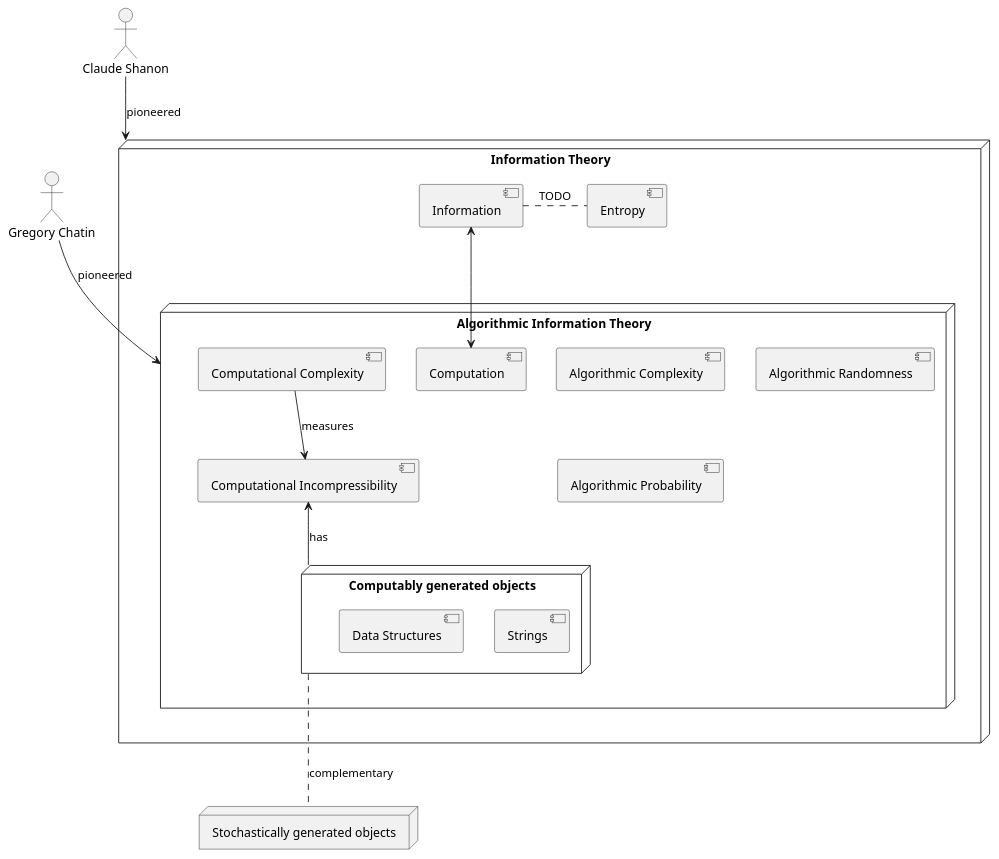
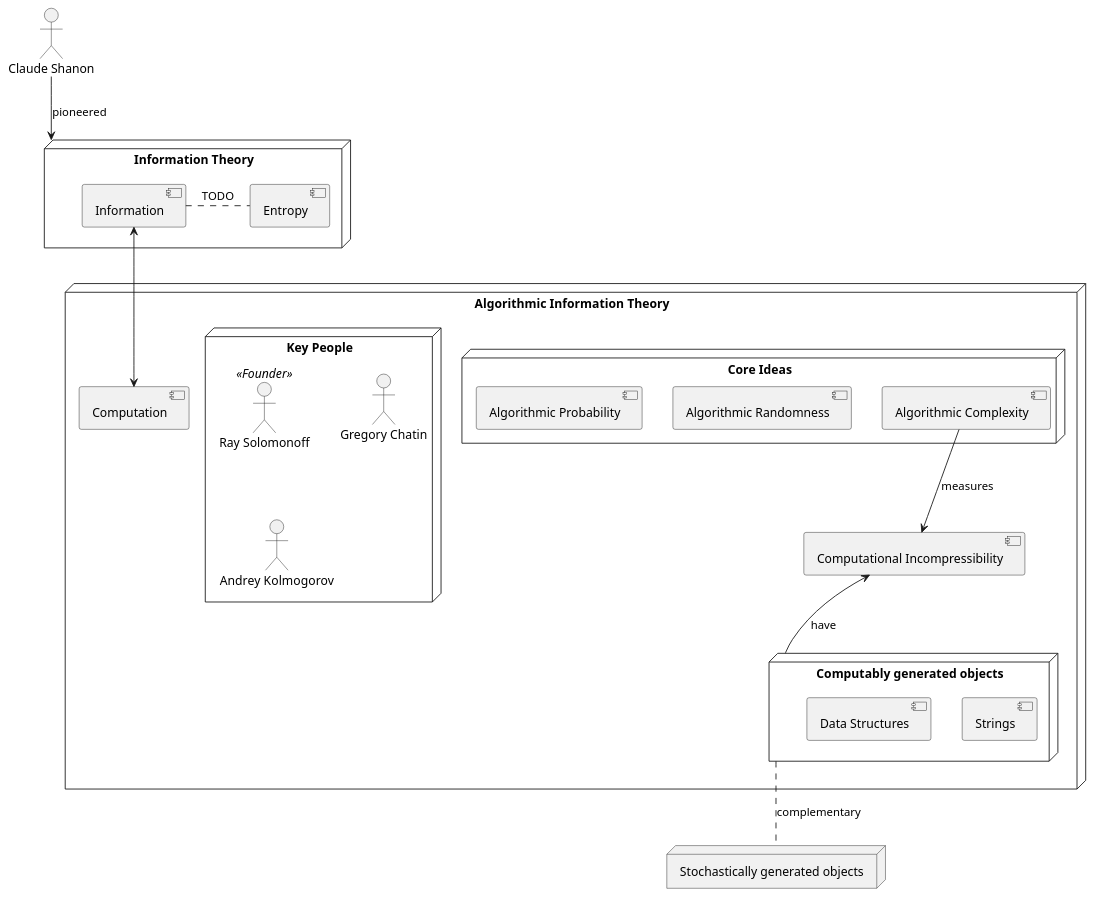
One commit to pgpbpadilla/pgpbpadilla.github.io changed the diagram in _drafts/diagrams/algorithmic-complexity.puml. Above: the diagram before and after it, drawn with PlantUML.

Commit message:
chg: dev: Flatten diagram, move AIT our of IT.
Add core contributors

```diff
--- a/_drafts/diagrams/algorithmic-complexity.puml
+++ b/_drafts/diagrams/algorithmic-complexity.puml
@@ -1,38 +1,45 @@
 @startuml
 
 'left to right direction
 actor "Claude Shanon" as CS
-actor "Gregory Chatin" as GC
+
+
 
 node "Information Theory" as IT {
 	[Information] as I
 	[Entropy] as E
 	I . E: TODO
+}
 
-	node "Algorithmic Information Theory" as AIT {
+node "Algorithmic Information Theory" as AIT {
+	[Computation] as C
+	I <--> C
+
+	node "Core Ideas" {
 		[Algorithmic Complexity] as AC
 		[Algorithmic Randomness] as AR
 		[Algorithmic Probability] as AP
+	}
 
-		[Computation] as C
-		[Information] as I
-		I <--> C
-		node "Computably generated objects" as CGO {
-			[Strings]
-			[Data Structures]
-		}
-		[Computational Incompressibility] as CI
-		[Computational Complexity] as CC
+	node "Computably generated objects" as CGO {
+		[Strings]
+		[Data Structures]
+	}
+	[Computational Incompressibility] as CI
 
-		CC --> CI: measures
-		CI <-- CGO: has
+	AC --> CI: measures
+	CI <-- CGO: have
+
+	node "Key People" {
+		actor "Ray Solomonoff" <<Founder>> as RS
+		actor "Gregory Chatin" as GC
+		actor "Andrey Kolmogorov" as AK
 	}
 }
 
 node "Stochastically generated objects" as SGO
 CGO .. SGO: complementary
 
 CS --> IT: pioneered
-GC --> AIT: pioneered
 
 @enduml
```
